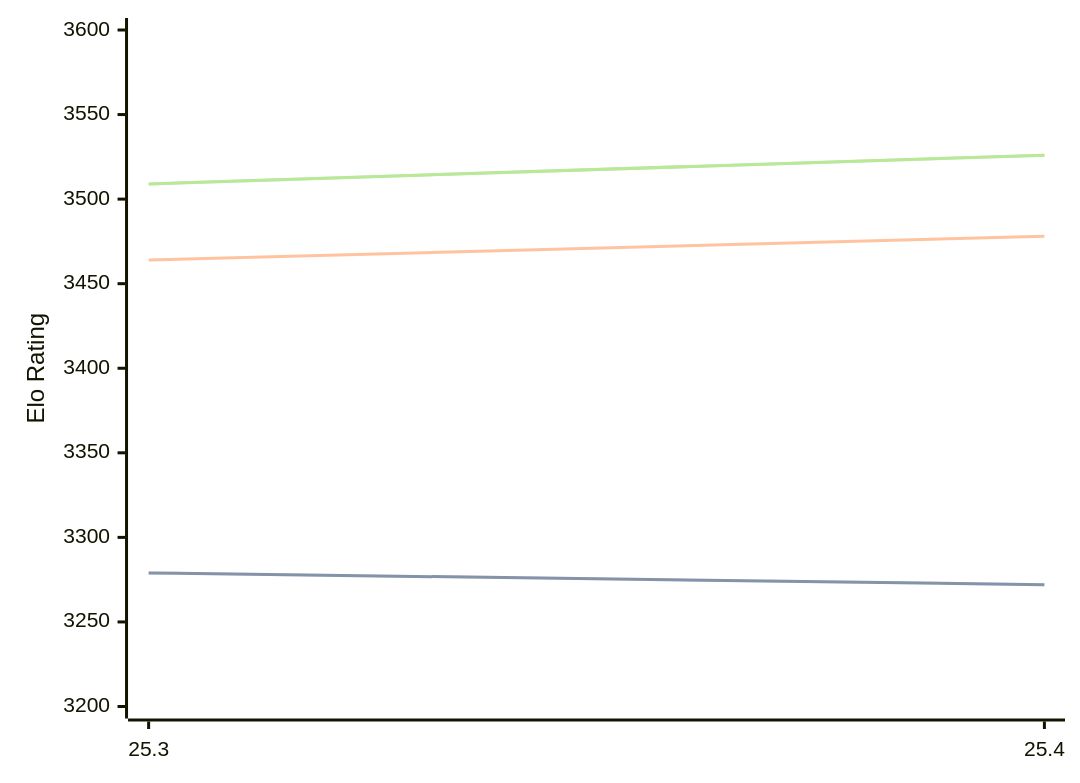
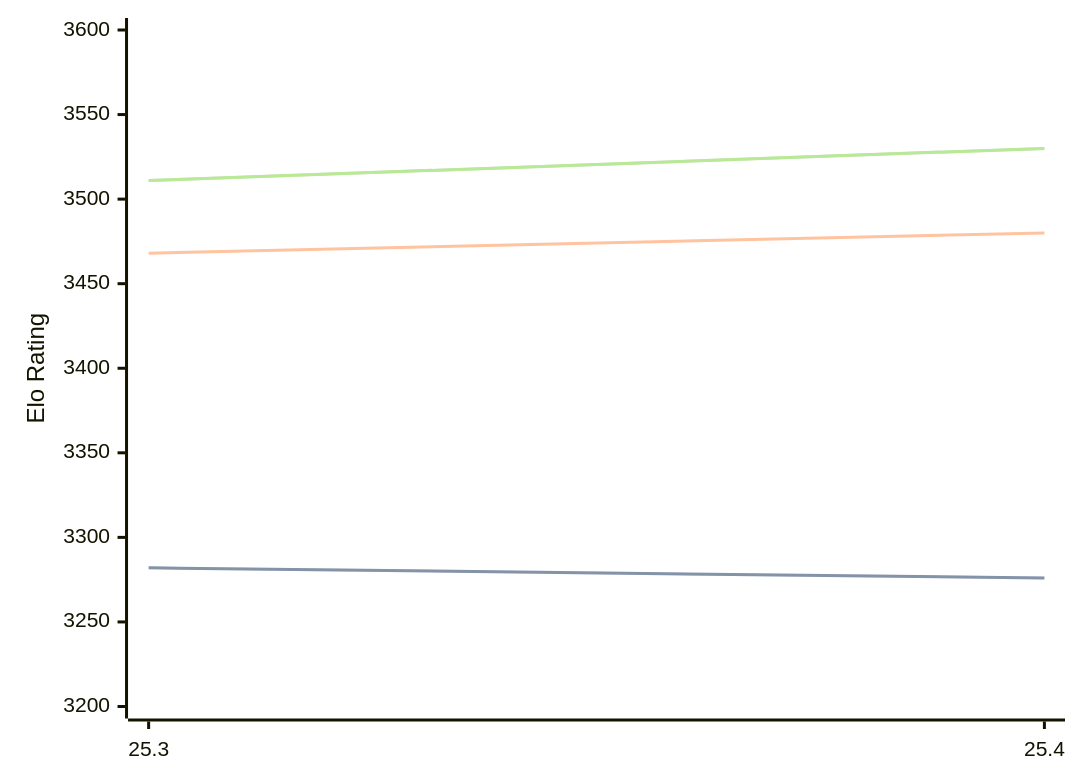
Before and after one commit to computer-chess-index/cci: the diagram in engines/Arasan.md, drawn with Mermaid. The commit also changed other lines of this file, not shown here.

Commit message:
Update CCI Ratings (ELO VLTC) - 2026-04-30

````diff
--- a/engines/Arasan.md
+++ b/engines/Arasan.md
@@ -33,11 +33,11 @@
 ```mermaid
 %%{init: {"theme":"base","themeVariables":{"seriesColors:['#a3a3a3','#222221','#faa371']}}}%%
 xychart-beta
   x-axis ["25.3", "25.4"]
   y-axis "Elo Rating" 3200 --> 3600
-  line "STC (8.0+0.08s)" [3279, 3272]
-  line "STC (8.0+0.08s)" [3279, 3272]
-  line "LTC (60.0+0.60s)" [3464, 3478]
-  line "VLTC (2m24s+1.12s)" [3509, 3526]
-  line "VLTC (2m24s+1.12s)" [3509, 3526]
+  line "STC (8.0+0.08s)" [3282, 3276]
+  line "STC (8.0+0.08s)" [3282, 3276]
+  line "LTC (60.0+0.60s)" [3468, 3480]
+  line "VLTC (2m24s+1.12s)" [3511, 3530]
+  line "VLTC (2m24s+1.12s)" [3511, 3530]
 ```
````
